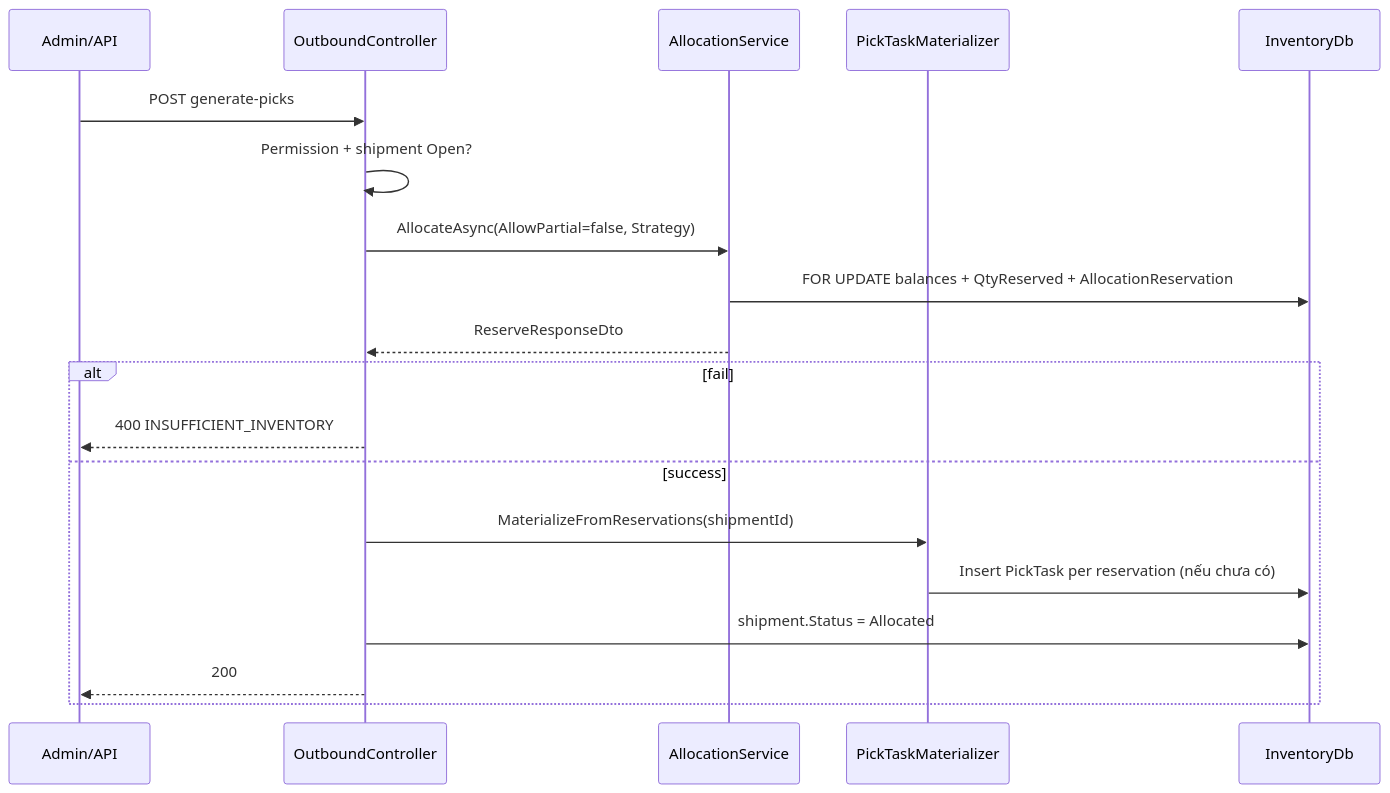
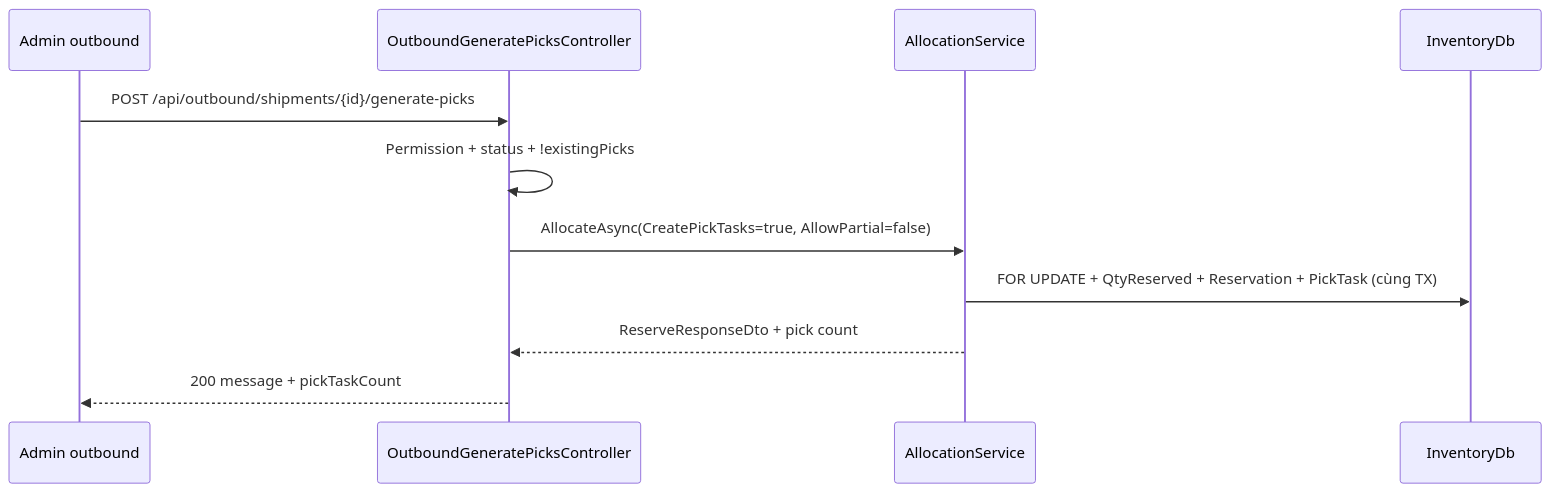
Before and after one commit to minhtalent-dev/nexustock: the diagram in planning/phases/phase_36_inventory_integrity_l2_p0.md, drawn with Mermaid. The commit also changed other lines of this file and 43 other files, not shown here.

Commit message:
feat(inventory): implement Phase 36 for Inventory Integrity, enhancing allocation processes and ensuring non-negative inventory checks; refactor GeneratePicks to Allocation module, update related documentation and tests for improved clarity and functionality

````diff
--- a/planning/phases/phase_36_inventory_integrity_l2_p0.md
+++ b/planning/phases/phase_36_inventory_integrity_l2_p0.md
@@ -205,22 +248,14 @@
 ```mermaid
 sequenceDiagram
-  participant UI as Admin/API
-  participant OC as OutboundController
+  participant UI as Admin outbound
+  participant GC as OutboundGeneratePicksController
   participant AS as AllocationService
-  participant PM as PickTaskMaterializer
   participant DB as InventoryDb
 
-  UI->>OC: POST generate-picks
-  OC->>OC: Permission + shipment Open?
-  OC->>AS: AllocateAsync(AllowPartial=false, Strategy)
-  AS->>DB: FOR UPDATE balances + QtyReserved + AllocationReservation
-  AS-->>OC: ReserveResponseDto
-  alt fail
-    OC-->>UI: 400 INSUFFICIENT_INVENTORY
-  else success
-    OC->>PM: MaterializeFromReservations(shipmentId)
-    PM->>DB: Insert PickTask per reservation (nếu chưa có)
-    OC->>DB: shipment.Status = Allocated
-    OC-->>UI: 200
-  end
+  UI->>GC: POST /api/outbound/shipments/{id}/generate-picks
+  GC->>GC: Permission + status + !existingPicks
+  GC->>AS: AllocateAsync(CreatePickTasks=true, AllowPartial=false)
+  AS->>DB: FOR UPDATE + QtyReserved + Reservation + PickTask (cùng TX)
+  AS-->>GC: ReserveResponseDto + pick count
+  GC-->>UI: 200 message + pickTaskCount
 ```
````
